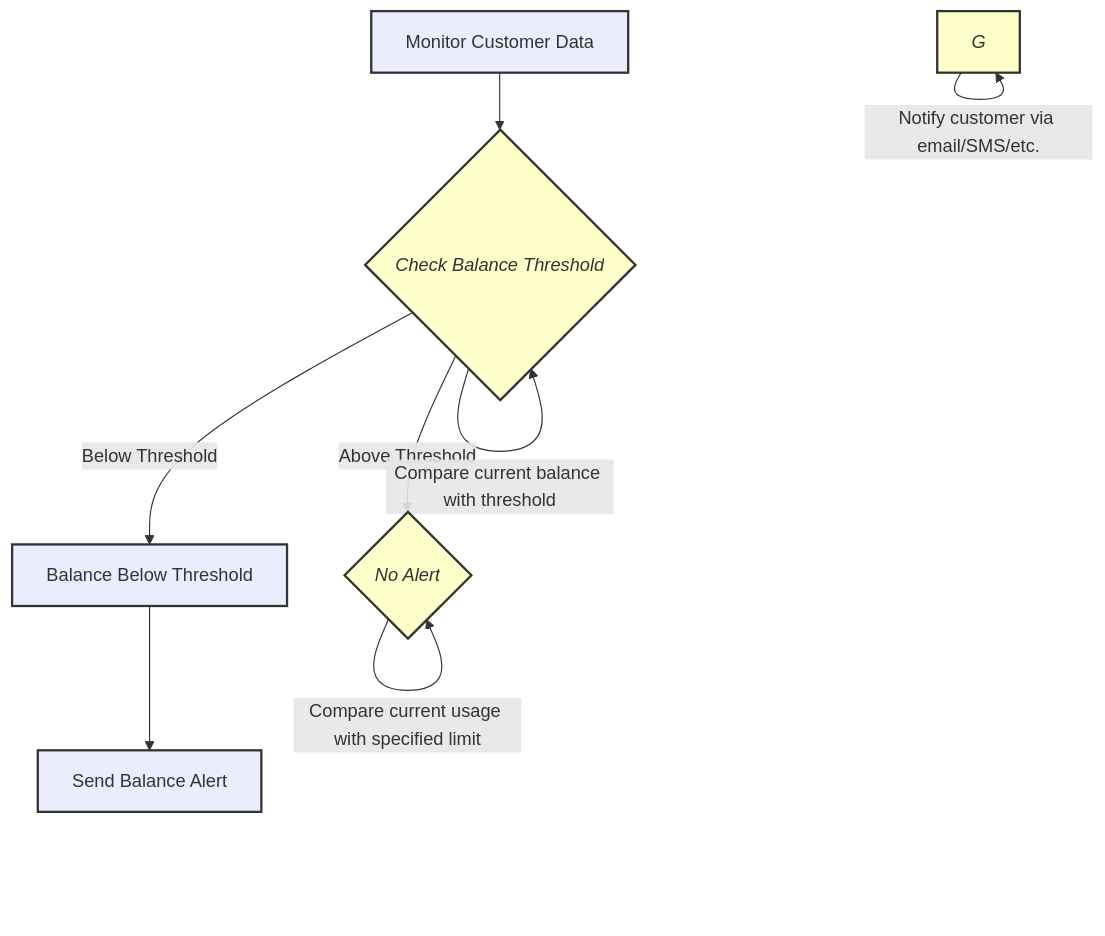
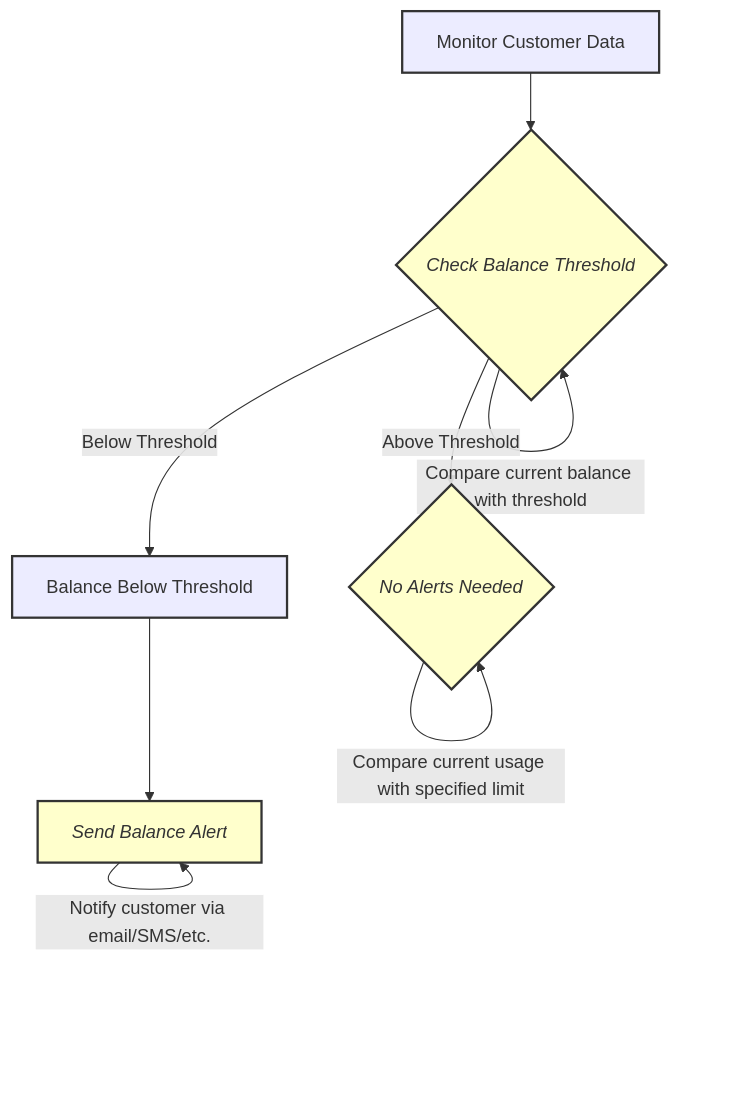
One commit to connexcs/docs changed the first of 2 diagrams in docs/customer/alerts.md. Above: the diagram before and after it, drawn with Mermaid.

Commit message:
adam corrections

````diff
--- a/docs/customer/alerts.md
+++ b/docs/customer/alerts.md
@@ -16,17 +16,17 @@
     ```mermaid
     graph TD
     A[Monitor Customer Data] --> B{Check Balance Threshold}
     B -- Below Threshold --> C[Balance Below Threshold] --> D[Send Balance Alert]
-    B -- Above Threshold --> E{No Alert}
+    B -- Above Threshold --> E{No Alerts Needed}
 
     %% Properly formatted notes
     B:::note -->|Compare current balance with threshold| B
     E:::note -->|Compare current usage with specified limit| E
-    G:::note -->|Notify customer via email/SMS/etc.| G
+    D:::note -->|Notify customer via email/SMS/etc.| D
 
     %% Styling nodes
     classDef alert fill:#,stroke:#333,stroke-width:2px;
     classDef note fill:#ffffcc,stroke:#333,stroke-width:1px,font-style:italic;
     
     class A,B,C,D,E,F,G,H alert;
     ```
````
